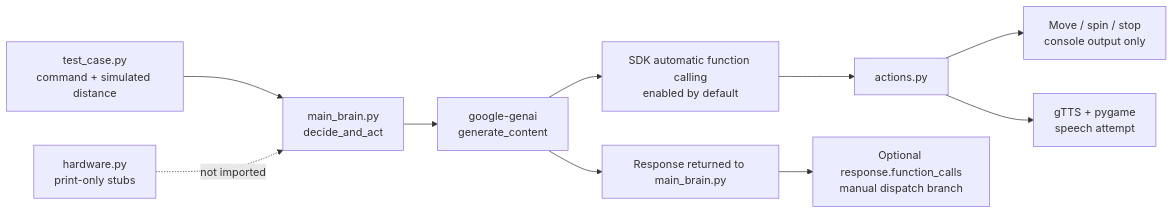
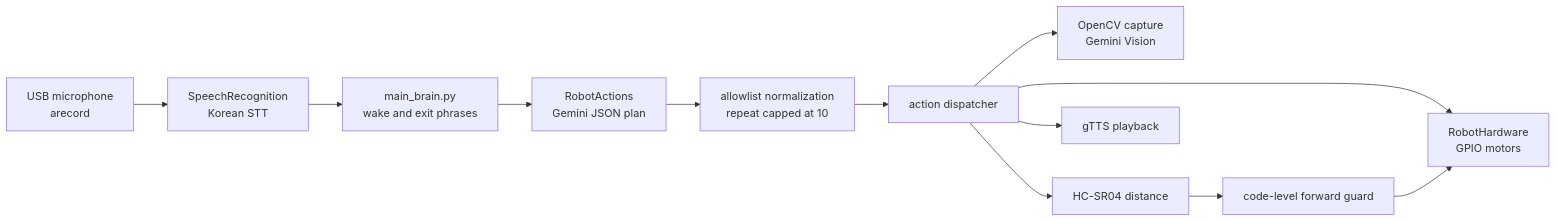
The diagram in docs/architecture.md (cora1022/2026ESWContest_free_ABOUTCREATE), drawn with Mermaid before and after one commit. The commit also changed other lines of this file and 18 other files, not shown here.

````diff
--- a/docs/architecture.md
+++ b/docs/architecture.md
@@ -7,12 +9,14 @@
 ```mermaid
 flowchart LR
-    Test["test_case.py\ncommand + simulated distance"] --> Brain["main_brain.py\ndecide_and_act"]
-    Brain --> Gemini["google-genai\ngenerate_content"]
-    Gemini --> Auto["SDK automatic function calling\nenabled by default"]
-    Auto --> Actions["actions.py"]
-    Actions --> Move["Move / spin / stop\nconsole output only"]
-    Actions --> Speech["gTTS + pygame\nspeech attempt"]
-    Gemini --> Response["Response returned to main_brain.py"]
-    Response --> Manual["Optional response.function_calls\nmanual dispatch branch"]
-    Hardware["hardware.py\nprint-only stubs"] -. "not imported" .-> Brain
+    Mic["USB microphone\narecord"] --> STT["SpeechRecognition\nKorean STT"]
+    STT --> Main["main_brain.py\nwake and exit phrases"]
+    Main --> Planner["RobotActions\nGemini JSON plan"]
+    Planner --> Normalize["allowlist normalization\nrepeat capped at 10"]
+    Normalize --> Dispatch["action dispatcher"]
+    Dispatch --> Motor["RobotHardware\nGPIO motors"]
+    Dispatch --> Vision["OpenCV capture\nGemini Vision"]
+    Dispatch --> Sensor["HC-SR04 distance"]
+    Dispatch --> Speech["gTTS playback"]
+    Sensor --> Guard["code-level forward guard"]
+    Guard --> Motor
 ```
````
